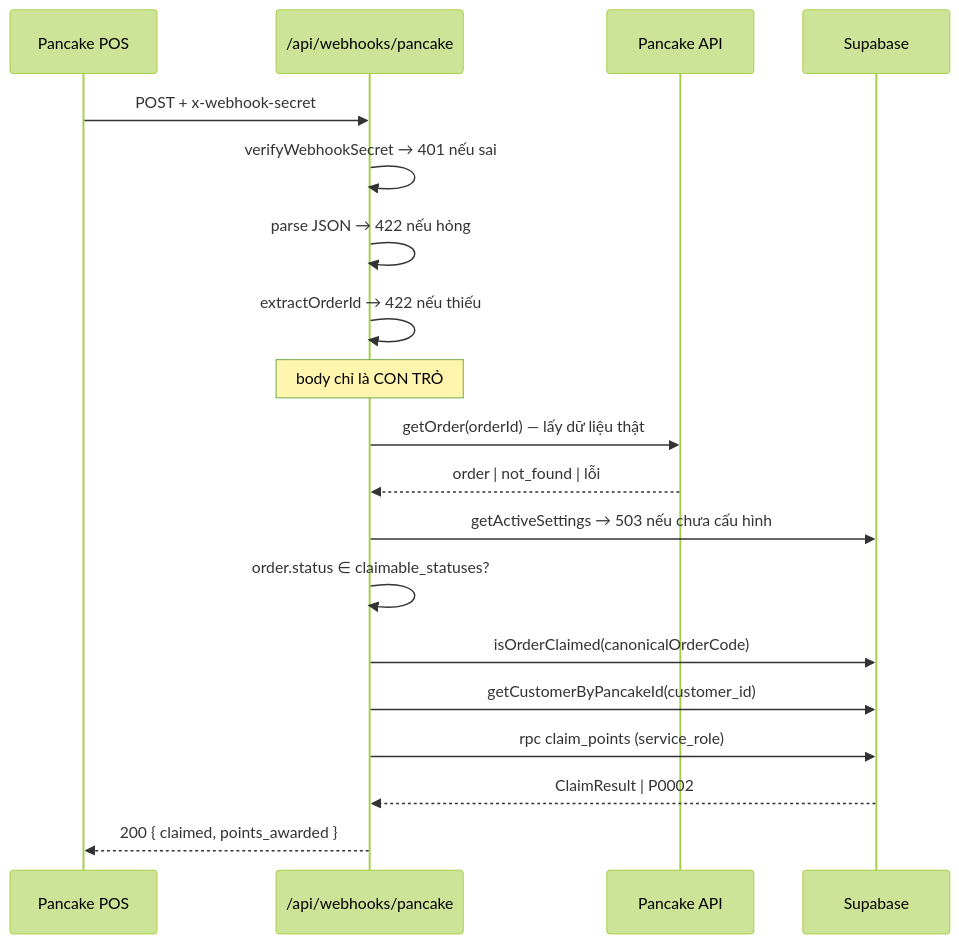
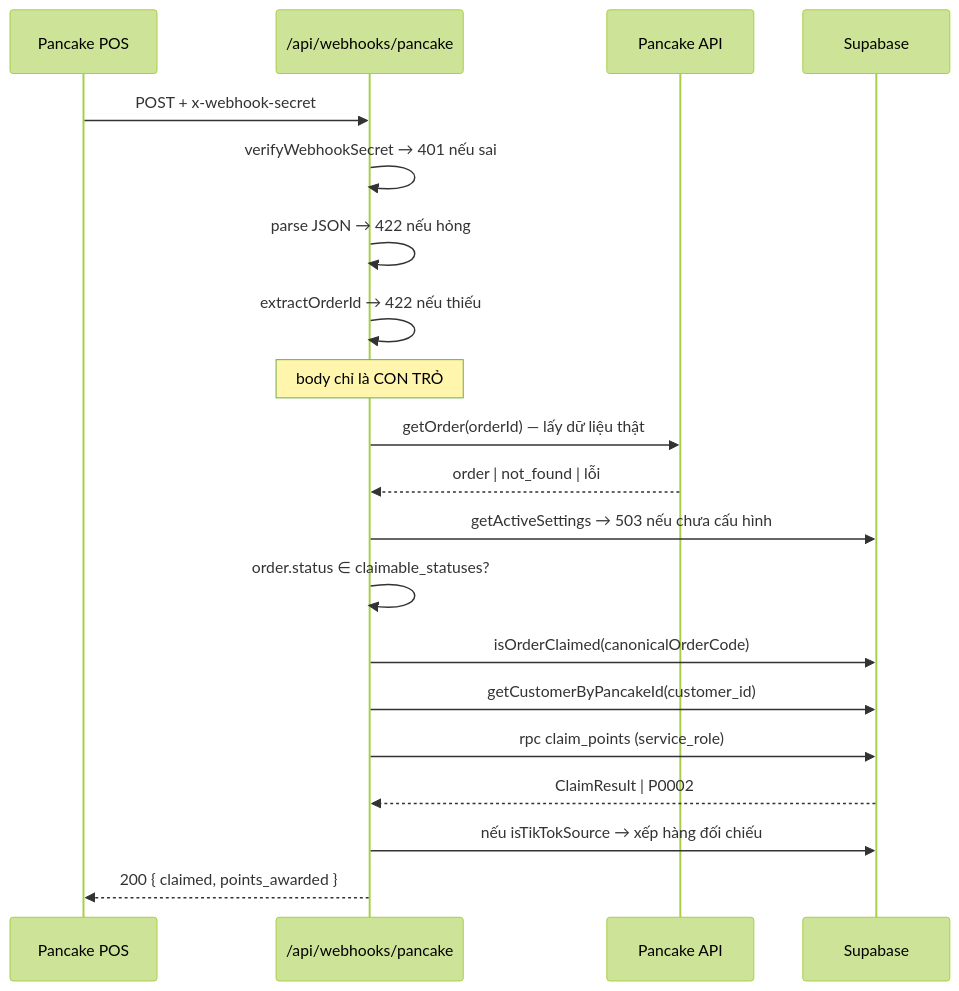
The third of 5 diagrams in OVERVIEW.md (tanvinh152/qr-loyalty-points-app), drawn with Mermaid (forest theme) before and after one commit. The commit also changed other lines of this file and 40 other files, not shown here.

First line of the commit message:
docs(overview): update table of contents and system architecture documentation

````diff
--- a/OVERVIEW.md
+++ b/OVERVIEW.md
@@ -499,22 +552,23 @@
 ```mermaid
 sequenceDiagram
     participant P as Pancake POS
     participant W as /api/webhooks/pancake
     participant API as Pancake API
     participant DB as Supabase
 
     P->>W: POST + x-webhook-secret
     W->>W: verifyWebhookSecret → 401 nếu sai
     W->>W: parse JSON → 422 nếu hỏng
     W->>W: extractOrderId → 422 nếu thiếu
     Note over W: body chỉ là CON TRỎ
     W->>API: getOrder(orderId) — lấy dữ liệu thật
     API-->>W: order | not_found | lỗi
     W->>DB: getActiveSettings → 503 nếu chưa cấu hình
     W->>W: order.status ∈ claimable_statuses?
     W->>DB: isOrderClaimed(canonicalOrderCode)
     W->>DB: getCustomerByPancakeId(customer_id)
     W->>DB: rpc claim_points (service_role)
     DB-->>W: ClaimResult | P0002
+    W->>DB: nếu isTikTokSource → xếp hàng đối chiếu
     W-->>P: 200 { claimed, points_awarded }
 ```
````
